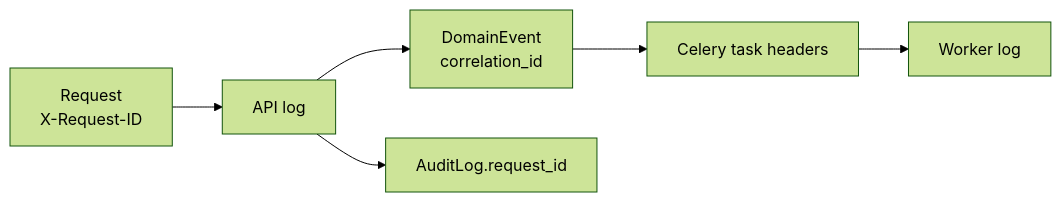
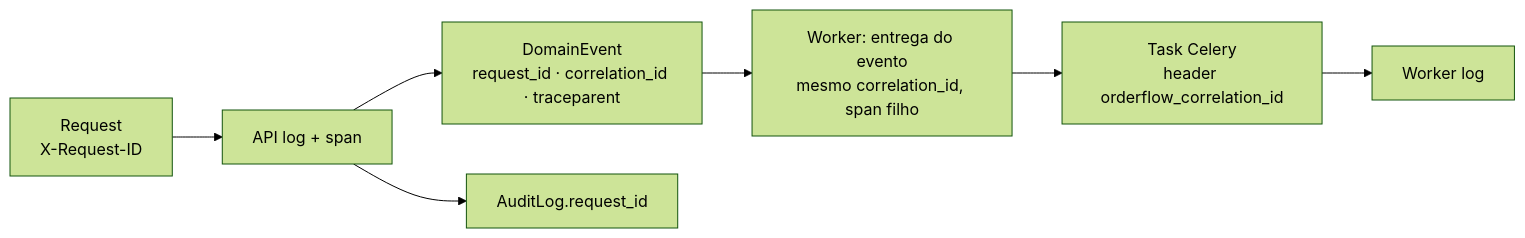
Before and after one commit to gutomelo/order-flow: the diagram in docs/architecture/observability.md, drawn with Mermaid (forest theme). The commit also changed other lines of this file and 48 other files, not shown here.

````diff
--- a/docs/architecture/observability.md
+++ b/docs/architecture/observability.md
@@ -51,8 +54,9 @@
 ```mermaid
 flowchart LR
-    req[Request<br/>X-Request-ID] --> api[API log]
-    api --> ev[DomainEvent<br/>correlation_id]
-    ev --> task[Celery task headers]
+    req[Request<br/>X-Request-ID] --> api[API log + span]
+    api --> ev[DomainEvent<br/>request_id · correlation_id · traceparent]
+    ev --> deliver[Worker: entrega do evento<br/>mesmo correlation_id, span filho]
+    deliver --> task[Task Celery<br/>header orderflow_correlation_id]
     task --> wlog[Worker log]
     api --> audit[AuditLog.request_id]
 ```
````
